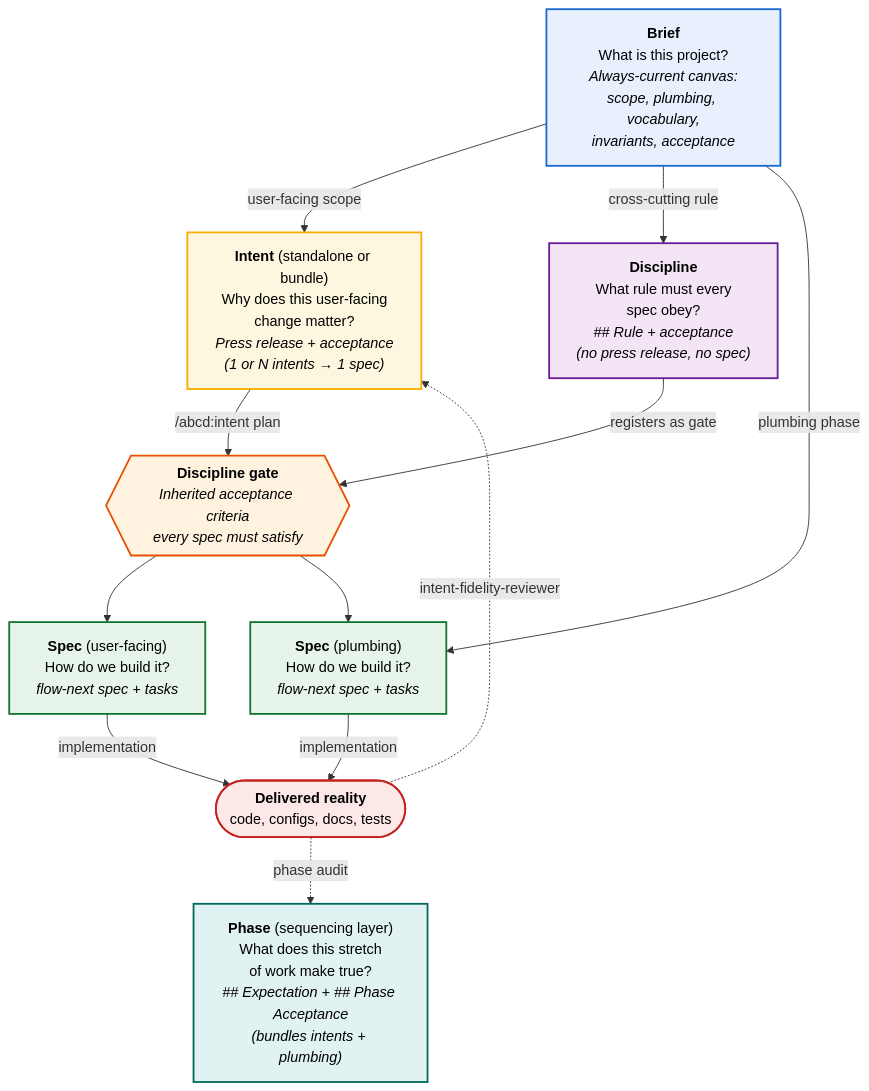
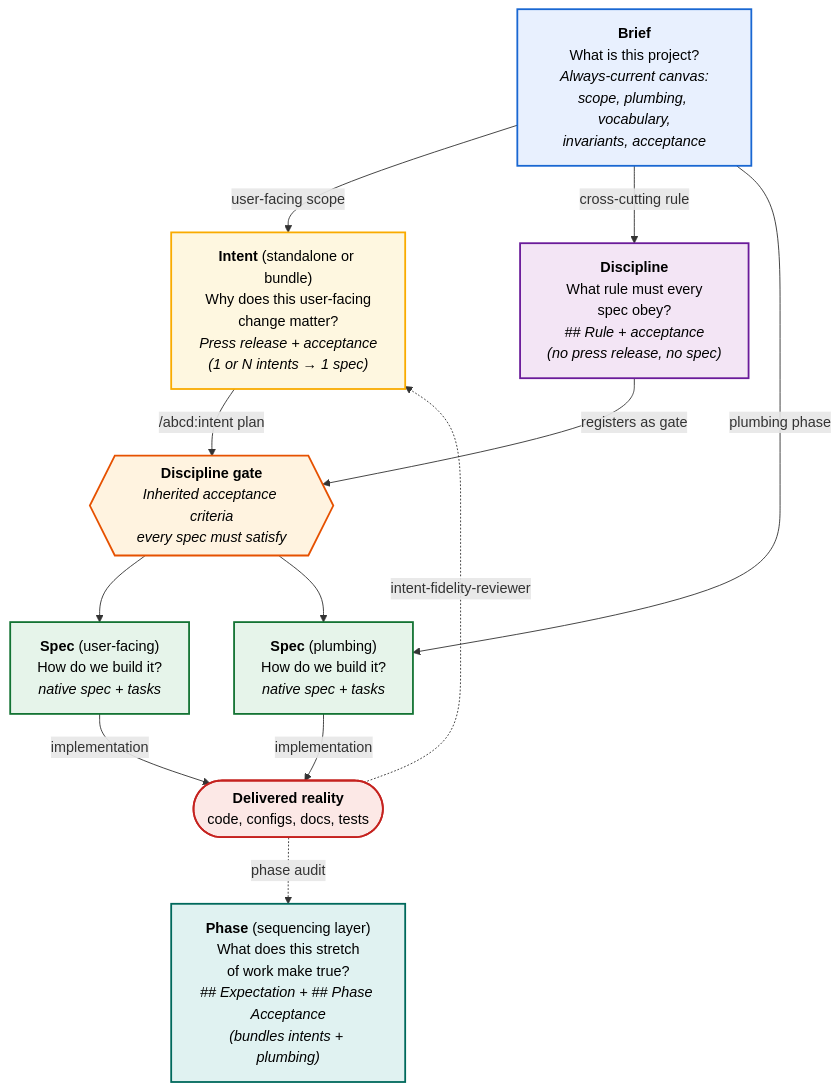
One commit to Partnermedia/abcd changed the diagram in .abcd/development/brief/01-product/03-mental-model.md. Above: the diagram before and after it, drawn with Mermaid. The commit also changed other lines of this file and 40 other files, not shown here.

````diff
--- a/.abcd/development/brief/01-product/03-mental-model.md
+++ b/.abcd/development/brief/01-product/03-mental-model.md
@@ -5,48 +5,48 @@
 ```mermaid
 flowchart TD
     Brief["<b>Brief</b><br/>What is this project?<br/><i>Always-current canvas:<br/>scope, plumbing, vocabulary,<br/>invariants, acceptance</i>"]
 
     Brief -->|user-facing scope| Intent
     Brief -->|cross-cutting rule| IntentDiscipline
     Brief -->|plumbing phase| SpecPlumbing
 
     Intent["<b>Intent</b> (standalone or bundle)<br/>Why does this user-facing<br/>change matter?<br/><i>Press release + acceptance<br/>(1 or N intents → 1 spec)</i>"]
     IntentDiscipline["<b>Discipline</b><br/>What rule must every<br/>spec obey?<br/><i>## Rule + acceptance<br/>(no press release, no spec)</i>"]
 
     Intent -->|/abcd:intent plan| Gate
     IntentDiscipline -->|registers as gate| Gate
 
     Gate{{"<b>Discipline gate</b><br/><i>Inherited acceptance criteria<br/>every spec must satisfy</i>"}}
 
     Gate --> SpecUserFacing
     Gate --> SpecPlumbing
 
-    SpecUserFacing["<b>Spec</b> (user-facing)<br/>How do we build it?<br/><i>flow-next spec + tasks</i>"]
-    SpecPlumbing["<b>Spec</b> (plumbing)<br/>How do we build it?<br/><i>flow-next spec + tasks</i>"]
+    SpecUserFacing["<b>Spec</b> (user-facing)<br/>How do we build it?<br/><i>native spec + tasks</i>"]
+    SpecPlumbing["<b>Spec</b> (plumbing)<br/>How do we build it?<br/><i>native spec + tasks</i>"]
 
     SpecUserFacing -->|implementation| Reality
     SpecPlumbing -->|implementation| Reality
 
     Reality(["<b>Delivered reality</b><br/>code, configs, docs, tests"])
 
     Phase["<b>Phase</b> (sequencing layer)<br/>What does this stretch<br/>of work make true?<br/><i>## Expectation + ## Phase Acceptance<br/>(bundles intents + plumbing)</i>"]
 
     Reality -.->|intent-fidelity-reviewer| Intent
     Reality -.->|phase audit| Phase
 
     classDef briefStyle fill:#e8f0fe,stroke:#1967d2,stroke-width:2px,color:#000
     classDef intentStyle fill:#fef7e0,stroke:#f9ab00,stroke-width:2px,color:#000
     classDef disciplineStyle fill:#f3e5f5,stroke:#6a1b9a,stroke-width:2px,color:#000
     classDef gateStyle fill:#fff3e0,stroke:#e65100,stroke-width:2px,color:#000
     classDef specStyle fill:#e6f4ea,stroke:#137333,stroke-width:2px,color:#000
     classDef realityStyle fill:#fce8e6,stroke:#c5221f,stroke-width:2px,color:#000
     classDef phaseStyle fill:#e0f2f1,stroke:#00695c,stroke-width:2px,color:#000
 
     class Brief briefStyle
     class Intent intentStyle
     class IntentDiscipline disciplineStyle
     class Gate gateStyle
     class SpecUserFacing,SpecPlumbing specStyle
     class Reality realityStyle
     class Phase phaseStyle
 ```
````
